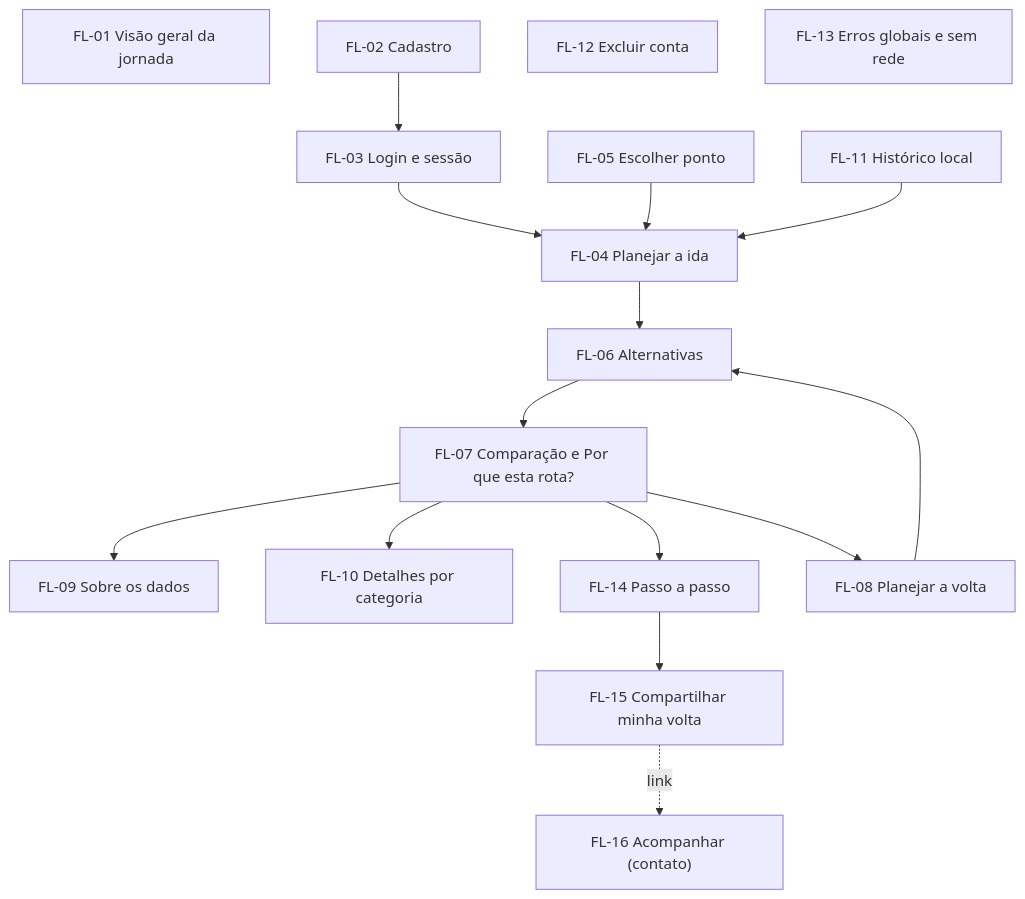
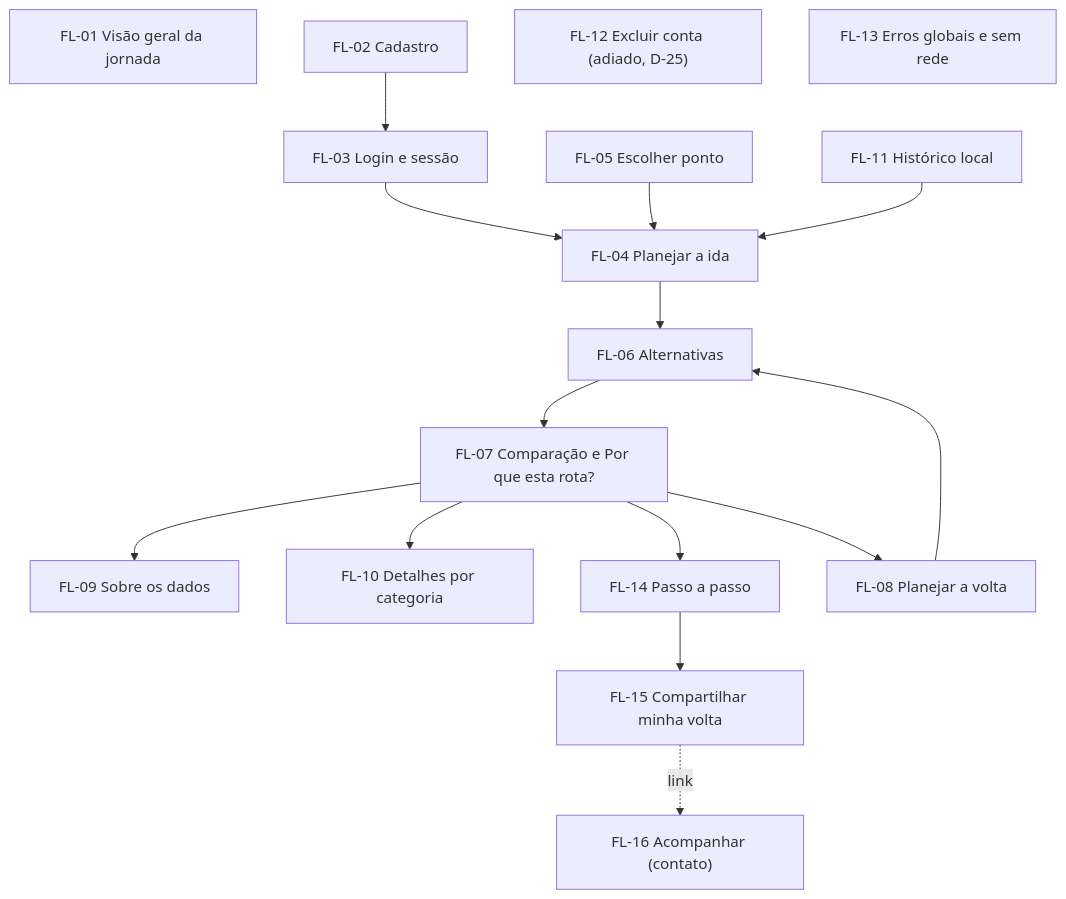
Before and after one commit to VoltaSegura/voltasegura: the diagram in docs/app-map/03_fluxogramas/00_indice.md, drawn with Mermaid. The commit also changed other lines of this file and 22 other files, not shown here.

````diff
--- a/docs/app-map/03_fluxogramas/00_indice.md
+++ b/docs/app-map/03_fluxogramas/00_indice.md
@@ -27,19 +27,19 @@
 ```mermaid
 flowchart TD
     FL01["FL-01 Visão geral da jornada"]
     FL02["FL-02 Cadastro"] --> FL03["FL-03 Login e sessão"]
     FL03 --> FL04["FL-04 Planejar a ida"]
     FL05["FL-05 Escolher ponto"] --> FL04
     FL11["FL-11 Histórico local"] --> FL04
     FL04 --> FL06["FL-06 Alternativas"]
     FL06 --> FL07["FL-07 Comparação e Por que esta rota?"]
     FL07 --> FL09["FL-09 Sobre os dados"]
     FL07 --> FL10["FL-10 Detalhes por categoria"]
     FL07 --> FL14["FL-14 Passo a passo"]
     FL07 --> FL08["FL-08 Planejar a volta"]
     FL08 --> FL06
     FL14 --> FL15["FL-15 Compartilhar minha volta"]
     FL15 -. "link" .-> FL16["FL-16 Acompanhar (contato)"]
-    FL12["FL-12 Excluir conta"]
+    FL12["FL-12 Excluir conta (adiado, D-25)"]
     FL13["FL-13 Erros globais e sem rede"]
 ```
````
